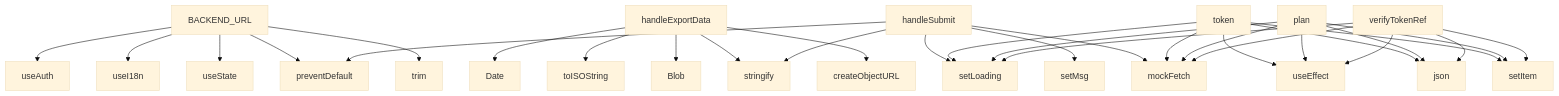
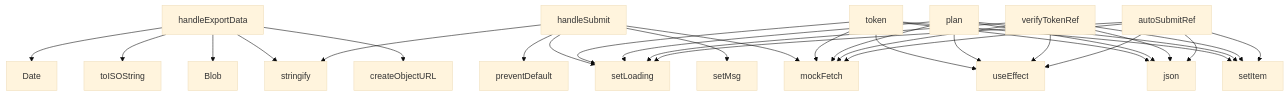
Before and after one commit to oqlos/www: the diagram in project/context.md, drawn with Mermaid (base theme). The commit also changed other lines of this file and 36 other files, not shown here.

````diff
--- a/project/context.md
+++ b/project/context.md
@@ -308,33 +310,33 @@
 ```mermaid
 graph TD
-    BACKEND_URL --> useAuth
-    BACKEND_URL --> useI18n
-    BACKEND_URL --> useState
-    BACKEND_URL --> preventDefault
-    BACKEND_URL --> trim
     handleExportData --> Date
     handleExportData --> toISOString
     handleExportData --> Blob
     handleExportData --> stringify
     handleExportData --> createObjectURL
     handleSubmit --> preventDefault
     handleSubmit --> setLoading
     handleSubmit --> setMsg
     handleSubmit --> mockFetch
     handleSubmit --> stringify
     token --> useEffect
     token --> setLoading
     token --> mockFetch
     token --> json
     token --> setItem
     plan --> useEffect
     plan --> setLoading
     plan --> mockFetch
     plan --> json
     plan --> setItem
     verifyTokenRef --> useEffect
     verifyTokenRef --> setLoading
     verifyTokenRef --> mockFetch
     verifyTokenRef --> json
     verifyTokenRef --> setItem
+    autoSubmitRef --> useEffect
+    autoSubmitRef --> setLoading
+    autoSubmitRef --> mockFetch
+    autoSubmitRef --> json
+    autoSubmitRef --> setItem
 ```
````
